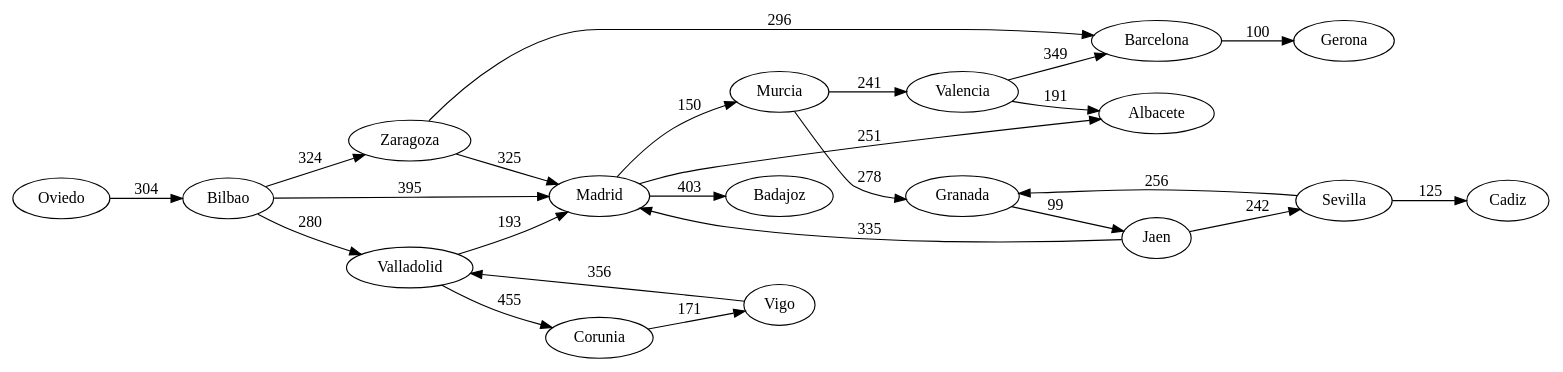
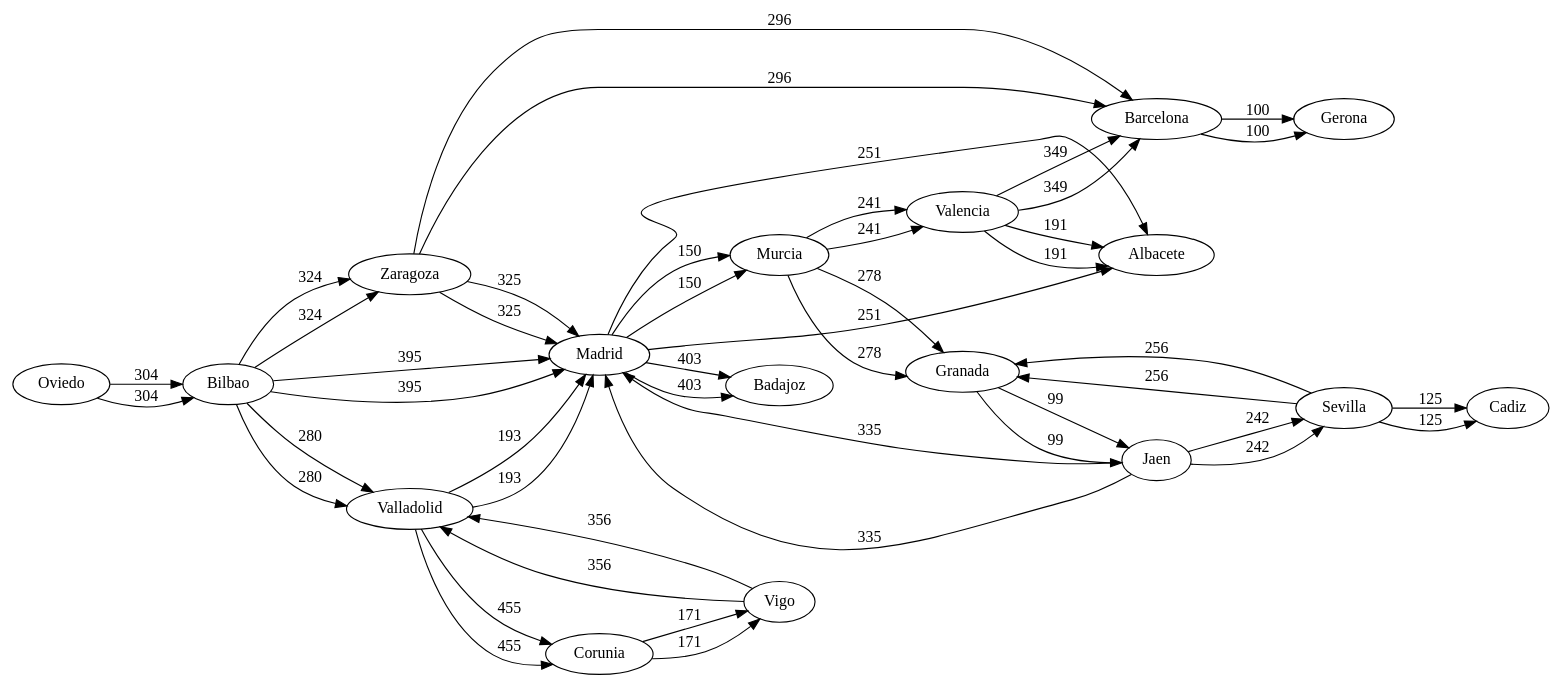
One commit to EmBarillasA94/EDD_PROYECTO2_JUNIO_201503741 changed the diagram in R_Grafo.dot. Above: the diagram before and after it, drawn with Graphviz. The commit also changed 4 other files, not shown here.

```diff
--- a/R_Grafo.dot
+++ b/R_Grafo.dot
@@ -1,44 +1,67 @@
 digraph G{ 
 rankdir = LR; 
 "Oviedo_G"[label="Oviedo"] 
 "Bilbao_G"[label="Bilbao"] 
 "Zaragoza_G"[label="Zaragoza"] 
 "Madrid_G"[label="Madrid"] 
 "Valladolid_G"[label="Valladolid"] 
 "Barcelona_G"[label="Barcelona"] 
 "Gerona_G"[label="Gerona"] 
 "Corunia_G"[label="Corunia"] 
 "Vigo_G"[label="Vigo"] 
 "Badajoz_G"[label="Badajoz"] 
 "Albacete_G"[label="Albacete"] 
 "Murcia_G"[label="Murcia"] 
 "Valencia_G"[label="Valencia"] 
 "Granada_G"[label="Granada"] 
 "Jaen_G"[label="Jaen"] 
 "Sevilla_G"[label="Sevilla"] 
 "Cadiz_G"[label="Cadiz"] 
 
 "Oviedo_G" -> "Bilbao_G"[label= "304"] 
+"Oviedo_G" -> "Bilbao_G"[label= "304"] 
+"Bilbao_G" -> "Zaragoza_G"[label= "324"] 
+"Bilbao_G" -> "Madrid_G"[label= "395"] 
+"Bilbao_G" -> "Valladolid_G"[label= "280"] 
 "Bilbao_G" -> "Zaragoza_G"[label= "324"] 
 "Bilbao_G" -> "Madrid_G"[label= "395"] 
 "Bilbao_G" -> "Valladolid_G"[label= "280"] 
 "Zaragoza_G" -> "Barcelona_G"[label= "296"] 
 "Zaragoza_G" -> "Madrid_G"[label= "325"] 
+"Zaragoza_G" -> "Barcelona_G"[label= "296"] 
+"Zaragoza_G" -> "Madrid_G"[label= "325"] 
+"Madrid_G" -> "Badajoz_G"[label= "403"] 
+"Madrid_G" -> "Albacete_G"[label= "251"] 
+"Madrid_G" -> "Murcia_G"[label= "150"] 
 "Madrid_G" -> "Badajoz_G"[label= "403"] 
 "Madrid_G" -> "Albacete_G"[label= "251"] 
 "Madrid_G" -> "Murcia_G"[label= "150"] 
 "Valladolid_G" -> "Corunia_G"[label= "455"] 
 "Valladolid_G" -> "Madrid_G"[label= "193"] 
+"Valladolid_G" -> "Corunia_G"[label= "455"] 
+"Valladolid_G" -> "Madrid_G"[label= "193"] 
+"Barcelona_G" -> "Gerona_G"[label= "100"] 
 "Barcelona_G" -> "Gerona_G"[label= "100"] 
 "Corunia_G" -> "Vigo_G"[label= "171"] 
+"Corunia_G" -> "Vigo_G"[label= "171"] 
 "Vigo_G" -> "Valladolid_G"[label= "356"] 
+"Vigo_G" -> "Valladolid_G"[label= "356"] 
+"Murcia_G" -> "Valencia_G"[label= "241"] 
+"Murcia_G" -> "Granada_G"[label= "278"] 
 "Murcia_G" -> "Valencia_G"[label= "241"] 
 "Murcia_G" -> "Granada_G"[label= "278"] 
 "Valencia_G" -> "Albacete_G"[label= "191"] 
 "Valencia_G" -> "Barcelona_G"[label= "349"] 
+"Valencia_G" -> "Albacete_G"[label= "191"] 
+"Valencia_G" -> "Barcelona_G"[label= "349"] 
 "Granada_G" -> "Jaen_G"[label= "99"] 
+"Granada_G" -> "Jaen_G"[label= "99"] 
+"Jaen_G" -> "Madrid_G"[label= "335"] 
+"Jaen_G" -> "Sevilla_G"[label= "242"] 
 "Jaen_G" -> "Madrid_G"[label= "335"] 
 "Jaen_G" -> "Sevilla_G"[label= "242"] 
 "Sevilla_G" -> "Granada_G"[label= "256"] 
 "Sevilla_G" -> "Cadiz_G"[label= "125"] 
+"Sevilla_G" -> "Granada_G"[label= "256"] 
+"Sevilla_G" -> "Cadiz_G"[label= "125"] 
 }
```
